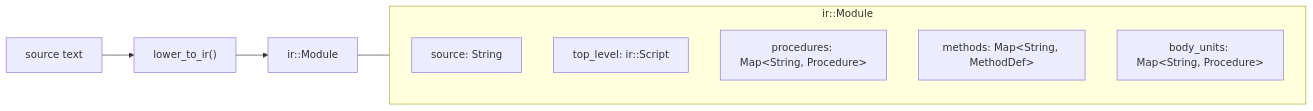
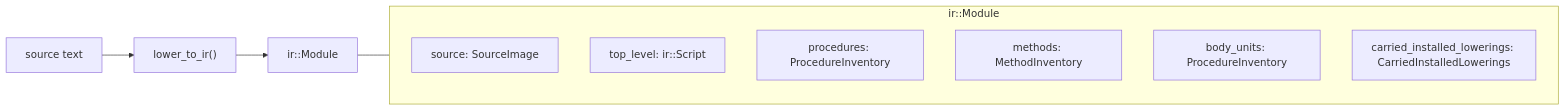
One commit to bitwisecook/tcl-lsp changed the sixth of 20 diagrams in docs/design/compiler/architecture.md. Above: the diagram before and after it, drawn with Mermaid. The commit also changed other lines of this file and 6176 other files, not shown here.

````diff
--- a/docs/design/compiler/architecture.md
+++ b/docs/design/compiler/architecture.md
@@ -247,16 +247,17 @@
 ```mermaid
 flowchart LR
     SRC["source text"] --> LOW["lower_to_ir()"]
     LOW --> MOD["ir::Module"]
 
     subgraph ir::Module
         direction TB
-        SO["source: String"]
+        SO["source: SourceImage"]
         TL["top_level: ir::Script"]
-        PD["procedures: Map&lt;String, Procedure&gt;"]
-        ME["methods: Map&lt;String, MethodDef&gt;"]
-        BU["body_units: Map&lt;String, Procedure&gt;"]
+        PD["procedures: ProcedureInventory"]
+        ME["methods: MethodInventory"]
+        BU["body_units: ProcedureInventory"]
+        CIL["carried_installed_lowerings: CarriedInstalledLowerings"]
     end
 
     MOD --- ir::Module
 ```
````
